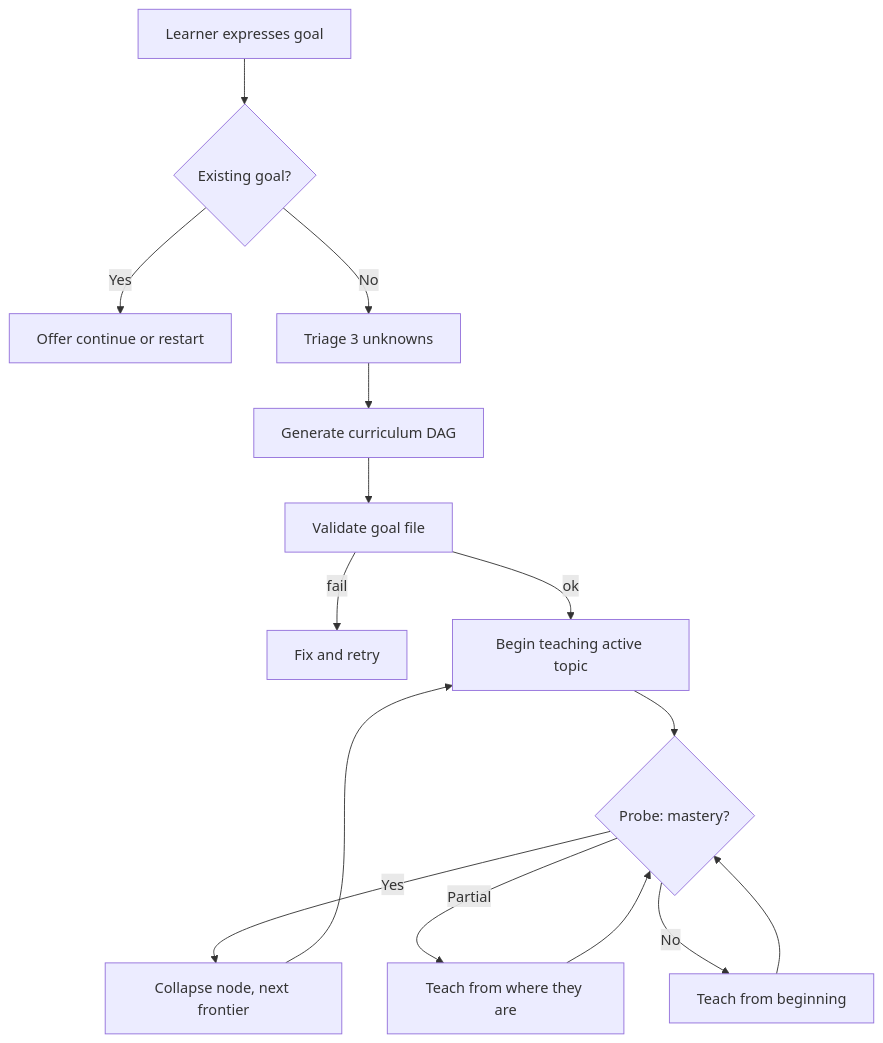
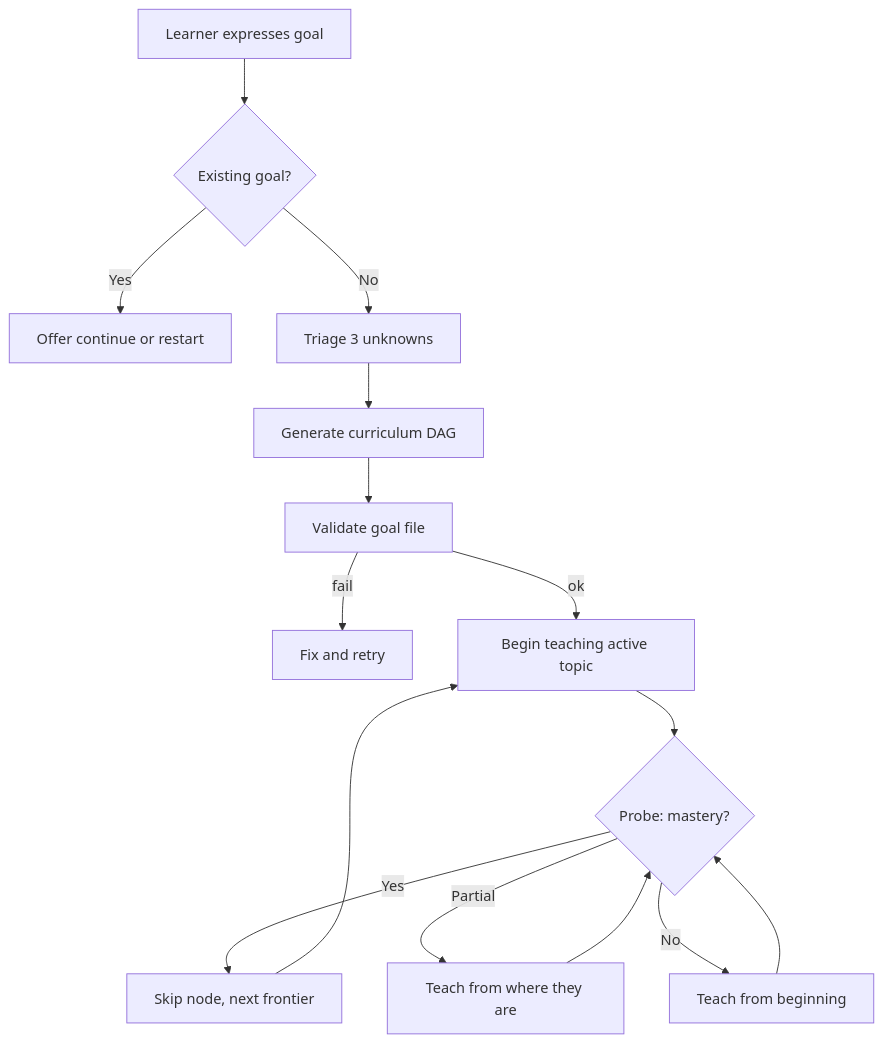
Before and after one commit to altakleos/sensei: the diagram in src/sensei/engine/protocols/goal.md, drawn with Mermaid. The commit also changed other lines of this file and 36 other files, not shown here.

````diff
--- a/src/sensei/engine/protocols/goal.md
+++ b/src/sensei/engine/protocols/goal.md
@@ -12,17 +12,17 @@
 ```mermaid
 flowchart TD
     A[Learner expresses goal] --> B{Existing goal?}
     B -->|Yes| C[Offer continue or restart]
     B -->|No| D[Triage 3 unknowns]
     D --> E[Generate curriculum DAG]
     E --> F[Validate goal file]
     F -->|fail| G[Fix and retry]
     F -->|ok| H[Begin teaching active topic]
     H --> I{Probe: mastery?}
-    I -->|Yes| J[Collapse node, next frontier]
+    I -->|Yes| J[Skip node, next frontier]
     I -->|Partial| K[Teach from where they are]
     I -->|No| L[Teach from beginning]
     J --> H
     K --> I
     L --> I
 ```
````
